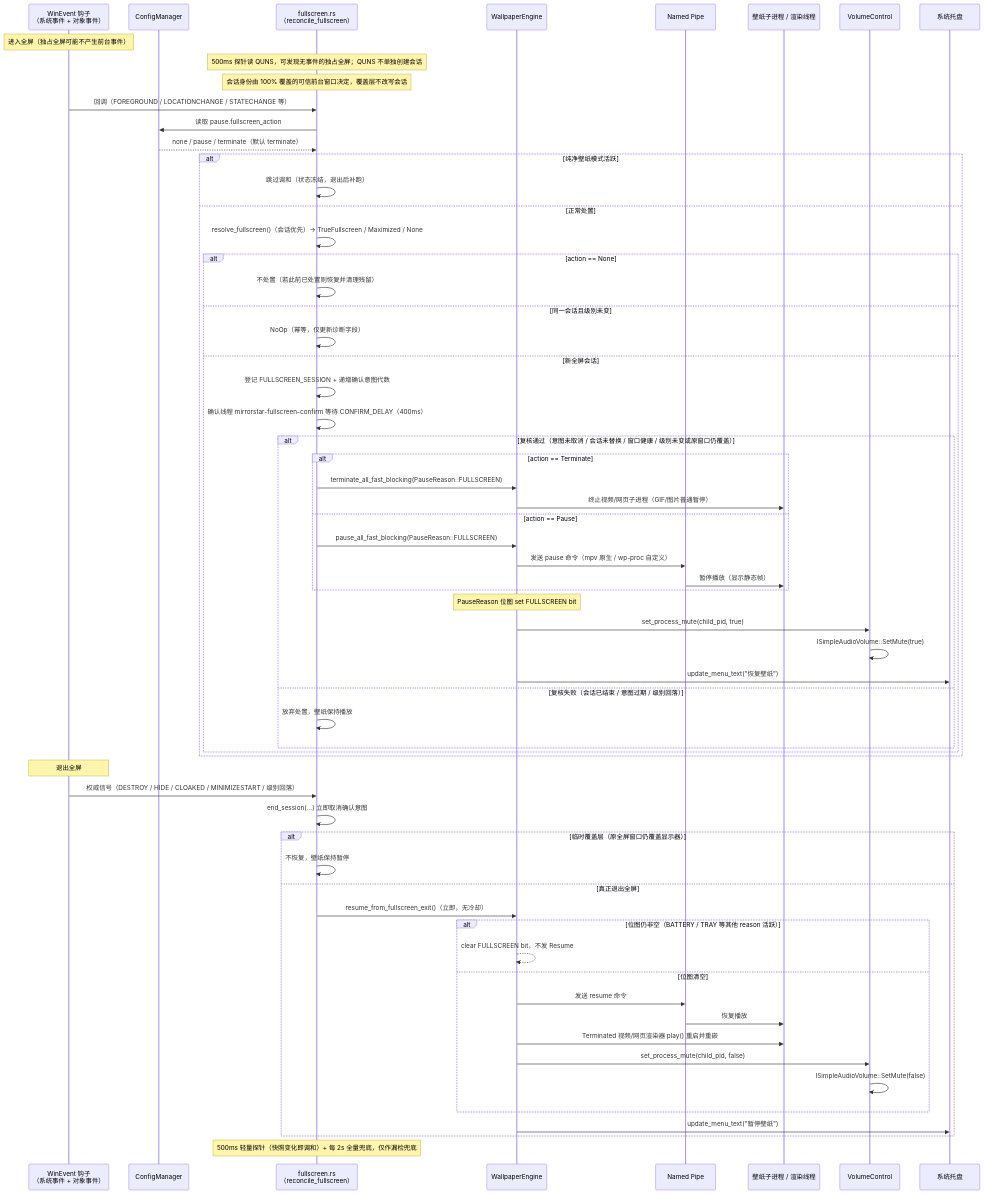
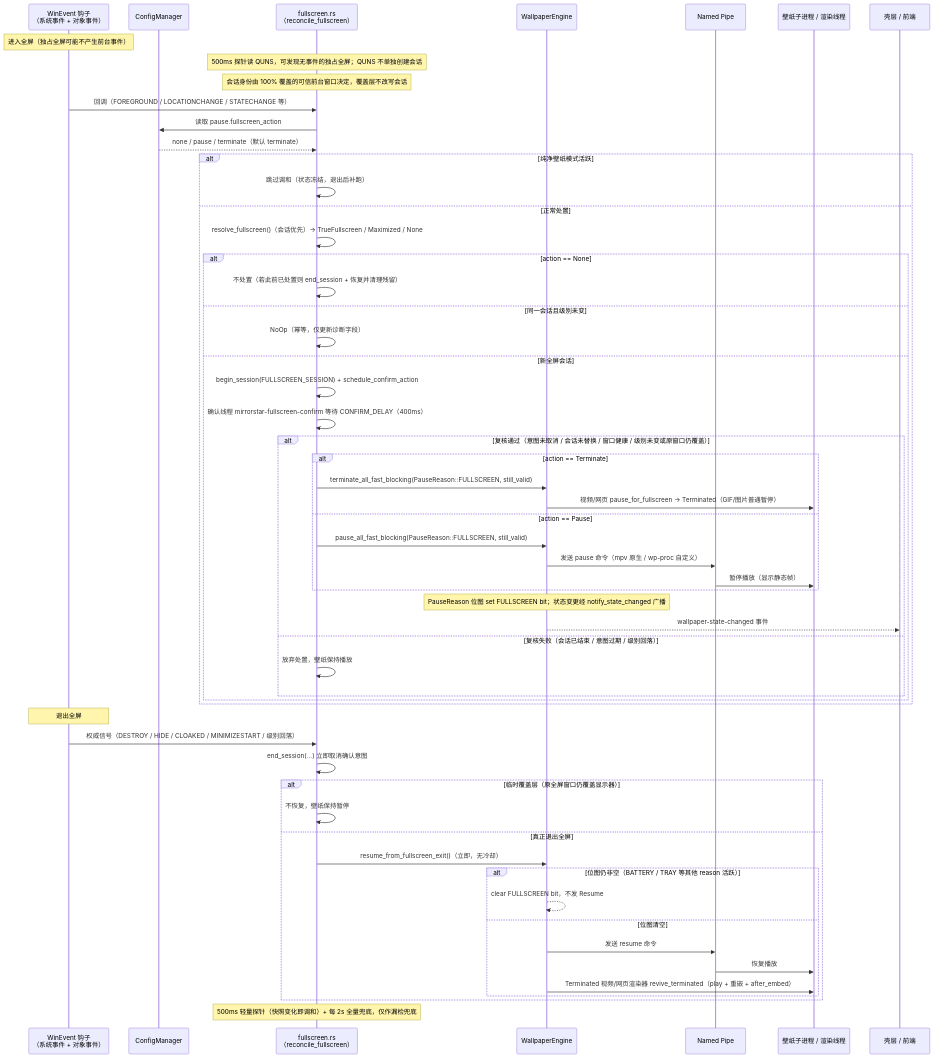
The diagram in docs/02-架构与技术栈/06-暂停恢复机制-Pause-Resume.md (Wunseol/mirrorstar-wallpaper), drawn with Mermaid before and after one commit. The commit also changed other lines of this file and 36 other files, not shown here.

````diff
--- a/docs/02-架构与技术栈/06-暂停恢复机制-Pause-Resume.md
+++ b/docs/02-架构与技术栈/06-暂停恢复机制-Pause-Resume.md
@@ -700,71 +736,65 @@
 ```mermaid
 sequenceDiagram
     participant WEv as WinEvent 钩子<br/>（系统事件 + 对象事件）
     participant Cfg as ConfigManager
     participant Lib as fullscreen.rs<br/>（reconcile_fullscreen）
     participant Engine as WallpaperEngine
     participant IPC as Named Pipe
     participant Child as 壁纸子进程 / 渲染线程
-    participant Audio as VolumeControl
-    participant Tray as 系统托盘
+    participant UI as 壳层 / 前端
 
     Note over WEv: 进入全屏（独占全屏可能不产生前台事件）
     Note over Lib: 500ms 探针读 QUNS，可发现无事件的独占全屏；QUNS 不单独创建会话
     Note over Lib: 会话身份由 100% 覆盖的可信前台窗口决定，覆盖层不改写会话
 
     WEv->>Lib: 回调（FOREGROUND / LOCATIONCHANGE / STATECHANGE 等）
     Lib->>Cfg: 读取 pause.fullscreen_action
     Cfg-->>Lib: none / pause / terminate（默认 terminate）
 
     alt 纯净壁纸模式活跃
         Lib->>Lib: 跳过调和（状态冻结，退出后补跑）
     else 正常处置
         Lib->>Lib: resolve_fullscreen()（会话优先）→ TrueFullscreen / Maximized / None
         alt action == None
-            Lib->>Lib: 不处置（若此前已处置则恢复并清理残留）
+            Lib->>Lib: 不处置（若此前已处置则 end_session + 恢复并清理残留）
         else 同一会话且级别未变
             Lib->>Lib: NoOp（幂等，仅更新诊断字段）
         else 新全屏会话
-            Lib->>Lib: 登记 FULLSCREEN_SESSION + 递增确认意图代数
+            Lib->>Lib: begin_session(FULLSCREEN_SESSION) + schedule_confirm_action
             Lib->>Lib: 确认线程 mirrorstar-fullscreen-confirm 等待 CONFIRM_DELAY（400ms）
             alt 复核通过（意图未取消 / 会话未替换 / 窗口健康 / 级别未变或原窗口仍覆盖）
                 alt action == Terminate
-                    Lib->>Engine: terminate_all_fast_blocking(PauseReason::FULLSCREEN)
-                    Engine->>Child: 终止视频/网页子进程（GIF/图片普通暂停）
+                    Lib->>Engine: terminate_all_fast_blocking(PauseReason::FULLSCREEN, still_valid)
+                    Engine->>Child: 视频/网页 pause_for_fullscreen → Terminated（GIF/图片普通暂停）
                 else action == Pause
-                    Lib->>Engine: pause_all_fast_blocking(PauseReason::FULLSCREEN)
+                    Lib->>Engine: pause_all_fast_blocking(PauseReason::FULLSCREEN, still_valid)
                     Engine->>IPC: 发送 pause 命令（mpv 原生 / wp-proc 自定义）
                     IPC->>Child: 暂停播放（显示静态帧）
                 end
-                Note over Engine: PauseReason 位图 set FULLSCREEN bit
-                Engine->>Audio: set_process_mute(child_pid, true)
-                Audio->>Audio: ISimpleAudioVolume::SetMute(true)
-                Engine->>Tray: update_menu_text("恢复壁纸")
+                Note over Engine: PauseReason 位图 set FULLSCREEN bit；状态变更经 notify_state_changed 广播
+                Engine-->>UI: wallpaper-state-changed 事件
             else 复核失败（会话已结束 / 意图过期 / 级别回落）
                 Lib->>Lib: 放弃处置，壁纸保持播放
             end
         end
     end
 
     Note over WEv: 退出全屏
 
     WEv->>Lib: 权威信号（DESTROY / HIDE / CLOAKED / MINIMIZESTART / 级别回落）
     Lib->>Lib: end_session(...) 立即取消确认意图
     alt 临时覆盖层（原全屏窗口仍覆盖显示器）
         Lib->>Lib: 不恢复，壁纸保持暂停
     else 真正退出全屏
         Lib->>Engine: resume_from_fullscreen_exit()（立即，无冷却）
         alt 位图仍非空（BATTERY / TRAY 等其他 reason 活跃）
             Engine-->>Engine: clear FULLSCREEN bit，不发 Resume
         else 位图清空
             Engine->>IPC: 发送 resume 命令
             IPC->>Child: 恢复播放
-            Engine->>Child: Terminated 视频/网页渲染器 play() 重启并重嵌
-            Engine->>Audio: set_process_mute(child_pid, false)
-            Audio->>Audio: ISimpleAudioVolume::SetMute(false)
+            Engine->>Child: Terminated 视频/网页渲染器 revive_terminated（play + 重嵌 + after_embed）
         end
-        Engine->>Tray: update_menu_text("暂停壁纸")
     end
 
     Note over Lib: 500ms 轻量探针（快照变化即调和）+ 每 2s 全量兜底，仅作漏检兜底
 ```
````
